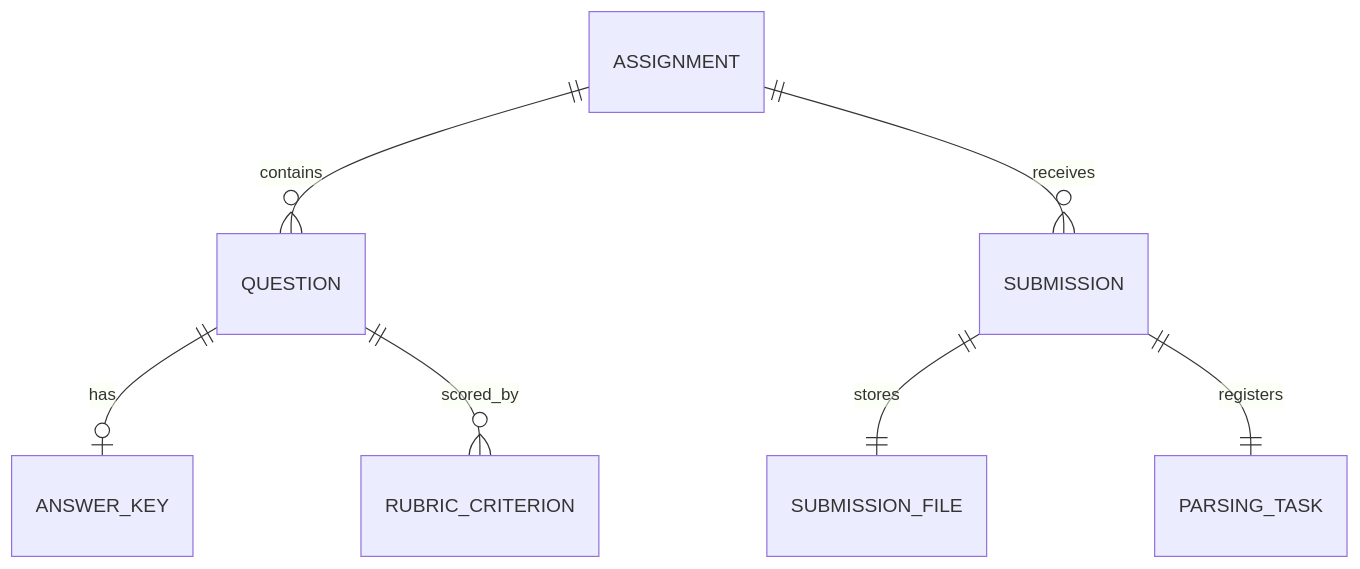
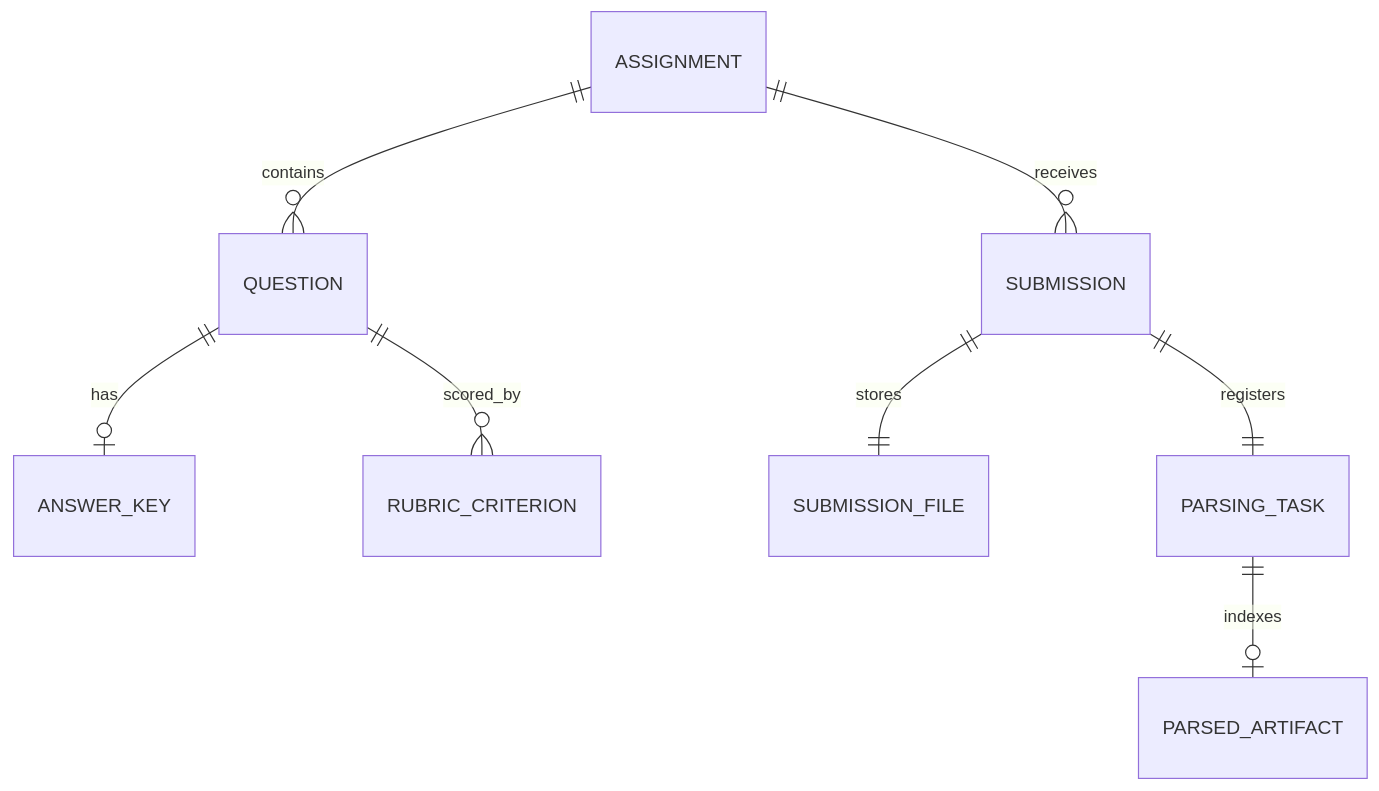
One commit to hvqo/huipi-cloud changed the diagram in docs/architecture.md. Above: the diagram before and after it, drawn with Mermaid. The commit also changed other lines of this file and 35 other files, not shown here.

````diff
--- a/docs/architecture.md
+++ b/docs/architecture.md
@@ -21,9 +22,10 @@
 ```mermaid
 erDiagram
     ASSIGNMENT ||--o{ QUESTION : contains
     QUESTION ||--o| ANSWER_KEY : has
     QUESTION ||--o{ RUBRIC_CRITERION : scored_by
     ASSIGNMENT ||--o{ SUBMISSION : receives
     SUBMISSION ||--|| SUBMISSION_FILE : stores
     SUBMISSION ||--|| PARSING_TASK : registers
+    PARSING_TASK ||--o| PARSED_ARTIFACT : indexes
 ```
````
